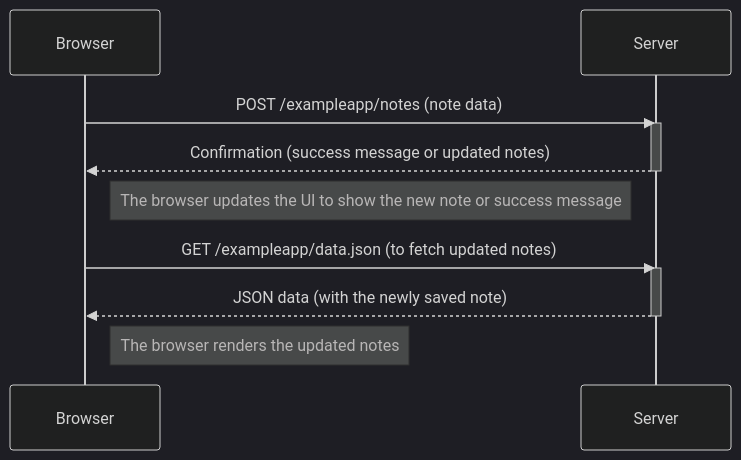
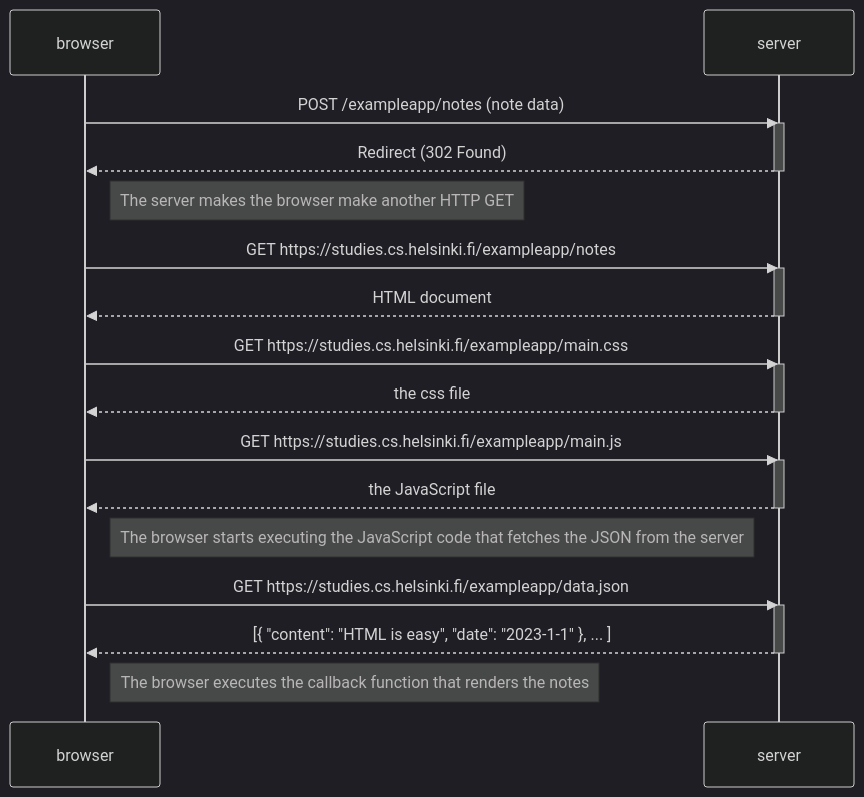
Before and after one commit to trasku/fullstack: the diagram in osa0/teht0_4.md, drawn with Mermaid (dark theme).

Commit message:
Update teht0_4.md
iteraatio2, luultavasti oikein, 5 kutsua

````diff
--- a/osa0/teht0_4.md
+++ b/osa0/teht0_4.md
@@ -1,19 +1,36 @@
 ```mermaid
 sequenceDiagram
-    participant Browser
-    participant Server
+    participant browser
+    participant server
 
-    Browser->>Server: POST /exampleapp/notes (note data)
-    activate Server
-    Server-->>Browser: Confirmation (success message or updated notes)
-    deactivate Server
+    browser->>server: POST /exampleapp/notes (note data)
+    activate server
+    server-->>browser: Redirect (302 Found)
+    deactivate server
 
-    Note right of Browser: The browser updates the UI to show the new note or success message
+    Note right of browser: The server makes the browser make another HTTP GET
 
-    Browser->>Server: GET /exampleapp/data.json (to fetch updated notes)
-    activate Server
-    Server-->>Browser: JSON data (with the newly saved note)
-    deactivate Server
+    browser->>server: GET https://studies.cs.helsinki.fi/exampleapp/notes
+    activate server
+    server-->>browser: HTML document
+    deactivate server
+    
+    browser->>server: GET https://studies.cs.helsinki.fi/exampleapp/main.css
+    activate server
+    server-->>browser: the css file
+    deactivate server
+    
+    browser->>server: GET https://studies.cs.helsinki.fi/exampleapp/main.js
+    activate server
+    server-->>browser: the JavaScript file
+    deactivate server
+    
+    Note right of browser: The browser starts executing the JavaScript code that fetches the JSON from the server
+    
+    browser->>server: GET https://studies.cs.helsinki.fi/exampleapp/data.json
+    activate server
+    server-->>browser: [{ "content": "HTML is easy", "date": "2023-1-1" }, ... ]
+    deactivate server    
 
-    Note right of Browser: The browser renders the updated notes
+    Note right of browser: The browser executes the callback function that renders the notes
 ```
````
